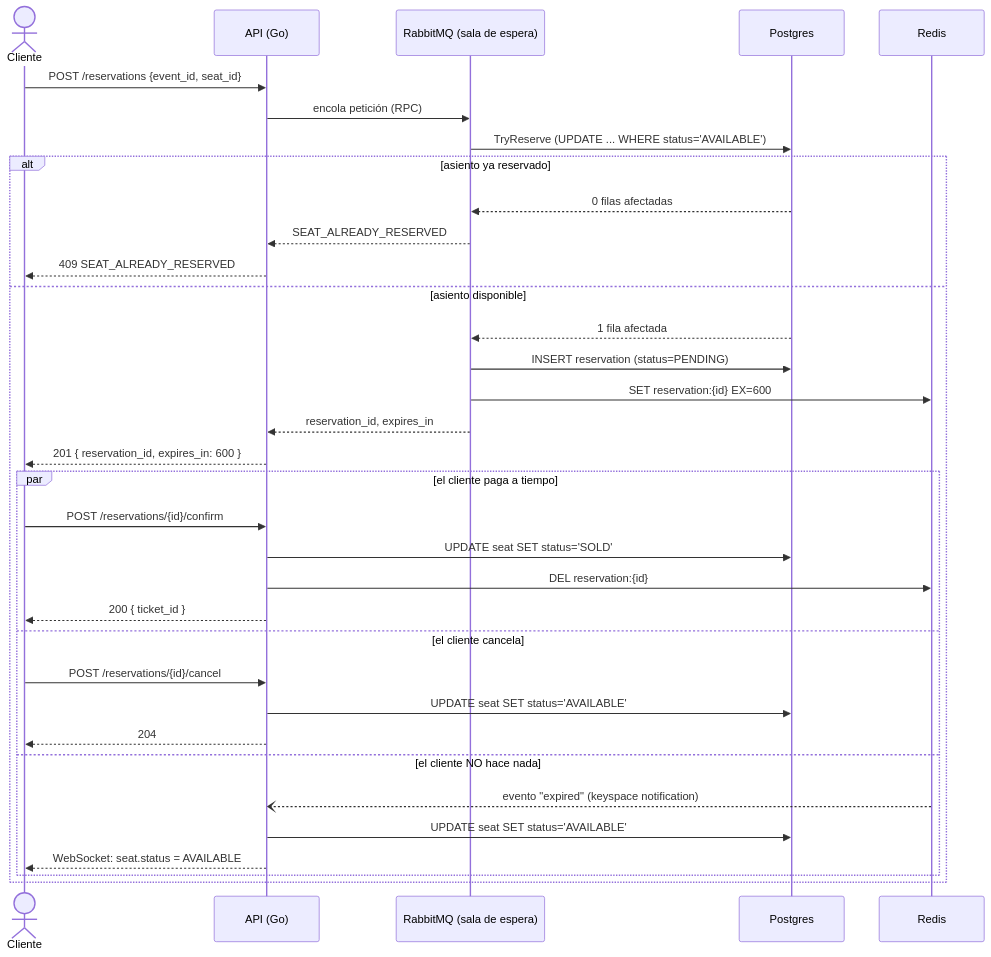
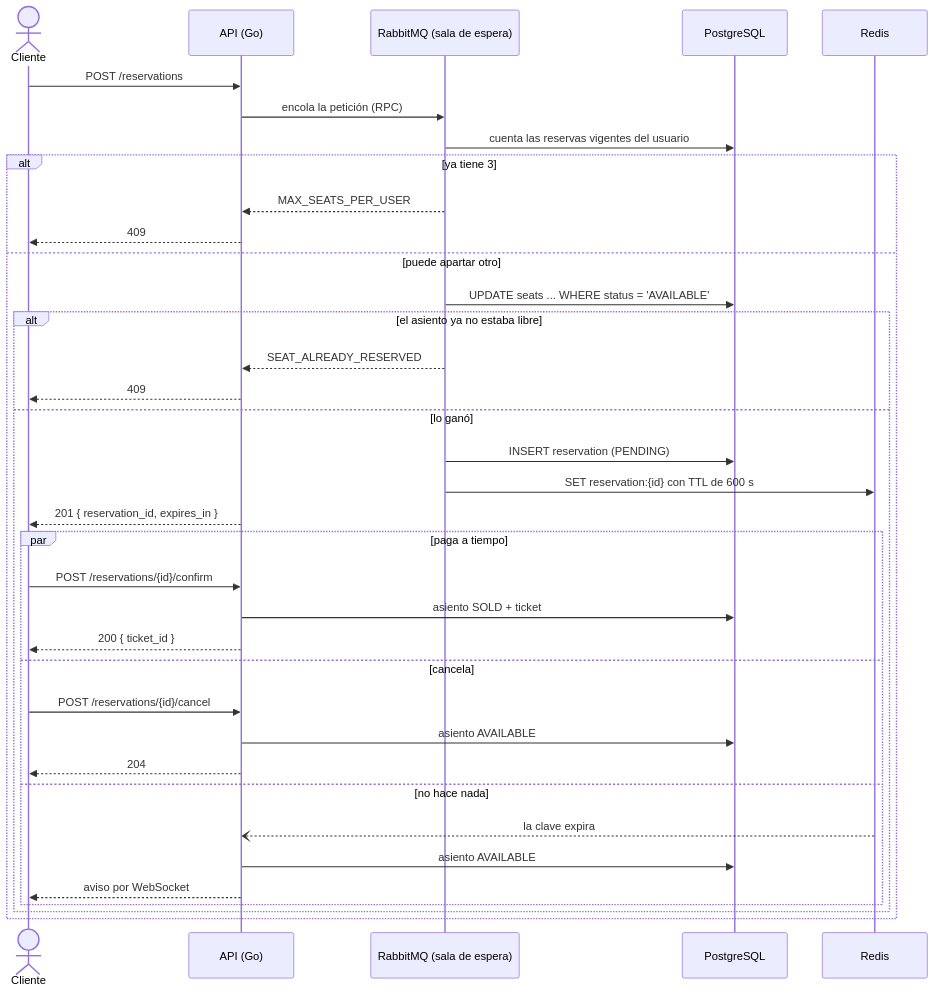
The second of 3 diagrams in README.md (carlosmorales-dev-mx/ticketing-system), drawn with Mermaid before and after one commit. The commit also changed other lines of this file and 49 other files, not shown here.

Commit message:
rediseña el mapa de asientos y permite apartar hasta 3 por person

````diff
--- a/README.md
+++ b/README.md
@@ -51,38 +100,39 @@
 ```mermaid
 sequenceDiagram
     actor Cliente
     participant API as API (Go)
     participant MQ as RabbitMQ (sala de espera)
-    participant PG as Postgres
+    participant PG as PostgreSQL
     participant R as Redis
 
-    Cliente->>API: POST /reservations {event_id, seat_id}
-    API->>MQ: encola petición (RPC)
-    MQ->>PG: TryReserve (UPDATE ... WHERE status='AVAILABLE')
-    alt asiento ya reservado
-        PG-->>MQ: 0 filas afectadas
-        MQ-->>API: SEAT_ALREADY_RESERVED
-        API-->>Cliente: 409 SEAT_ALREADY_RESERVED
-    else asiento disponible
-        PG-->>MQ: 1 fila afectada
-        MQ->>PG: INSERT reservation (status=PENDING)
-        MQ->>R: SET reservation:{id} EX=600
-        MQ-->>API: reservation_id, expires_in
-        API-->>Cliente: 201 { reservation_id, expires_in: 600 }
-
-        par el cliente paga a tiempo
-            Cliente->>API: POST /reservations/{id}/confirm
-            API->>PG: UPDATE seat SET status='SOLD'
-            API->>R: DEL reservation:{id}
-            API-->>Cliente: 200 { ticket_id }
-        and el cliente cancela
-            Cliente->>API: POST /reservations/{id}/cancel
-            API->>PG: UPDATE seat SET status='AVAILABLE'
-            API-->>Cliente: 204
-        and el cliente NO hace nada
-            R--)API: evento "expired" (keyspace notification)
-            API->>PG: UPDATE seat SET status='AVAILABLE'
-            API-->>Cliente: WebSocket: seat.status = AVAILABLE
+    Cliente->>API: POST /reservations
+    API->>MQ: encola la petición (RPC)
+    MQ->>PG: cuenta las reservas vigentes del usuario
+    alt ya tiene 3
+        MQ-->>API: MAX_SEATS_PER_USER
+        API-->>Cliente: 409
+    else puede apartar otro
+        MQ->>PG: UPDATE seats ... WHERE status = 'AVAILABLE'
+        alt el asiento ya no estaba libre
+            MQ-->>API: SEAT_ALREADY_RESERVED
+            API-->>Cliente: 409
+        else lo ganó
+            MQ->>PG: INSERT reservation (PENDING)
+            MQ->>R: SET reservation:{id} con TTL de 600 s
+            API-->>Cliente: 201 { reservation_id, expires_in }
+            par paga a tiempo
+                Cliente->>API: POST /reservations/{id}/confirm
+                API->>PG: asiento SOLD + ticket
+                API-->>Cliente: 200 { ticket_id }
+            and cancela
+                Cliente->>API: POST /reservations/{id}/cancel
+                API->>PG: asiento AVAILABLE
+                API-->>Cliente: 204
+            and no hace nada
+                R--)API: la clave expira
+                API->>PG: asiento AVAILABLE
+                API-->>Cliente: aviso por WebSocket
+            end
         end
     end
 ```
````
